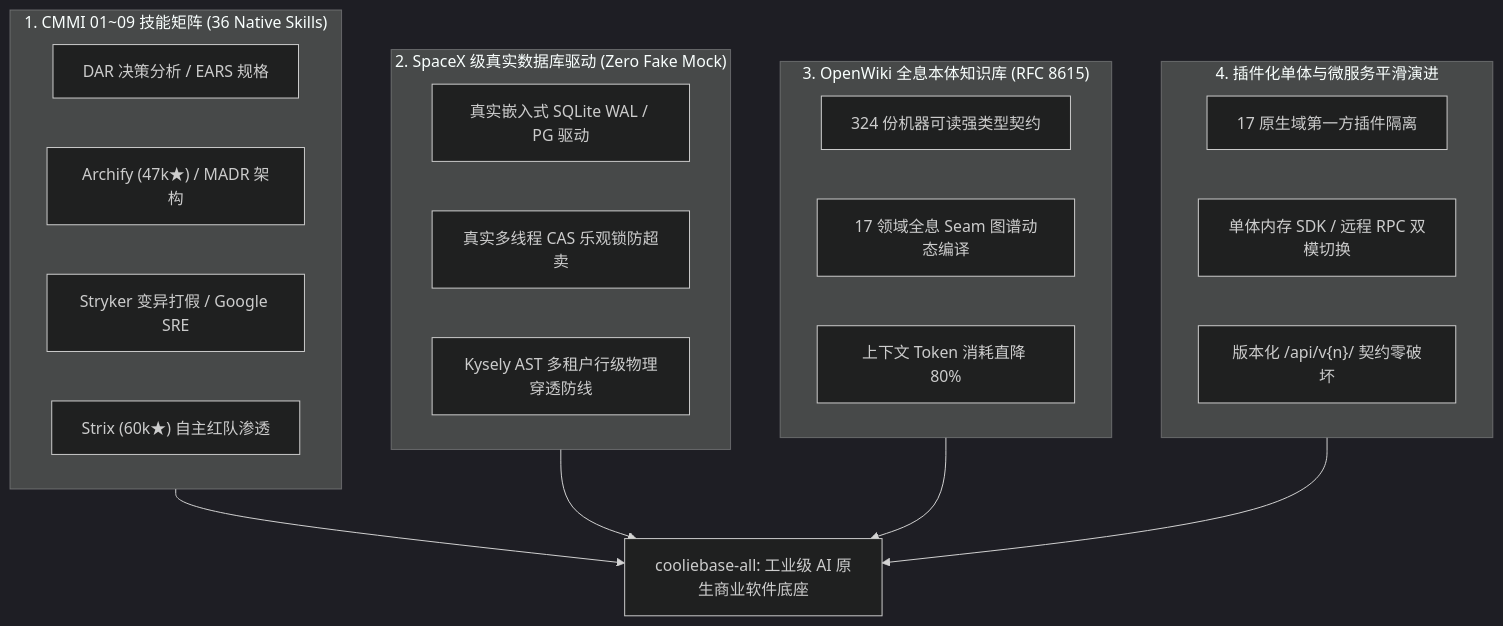
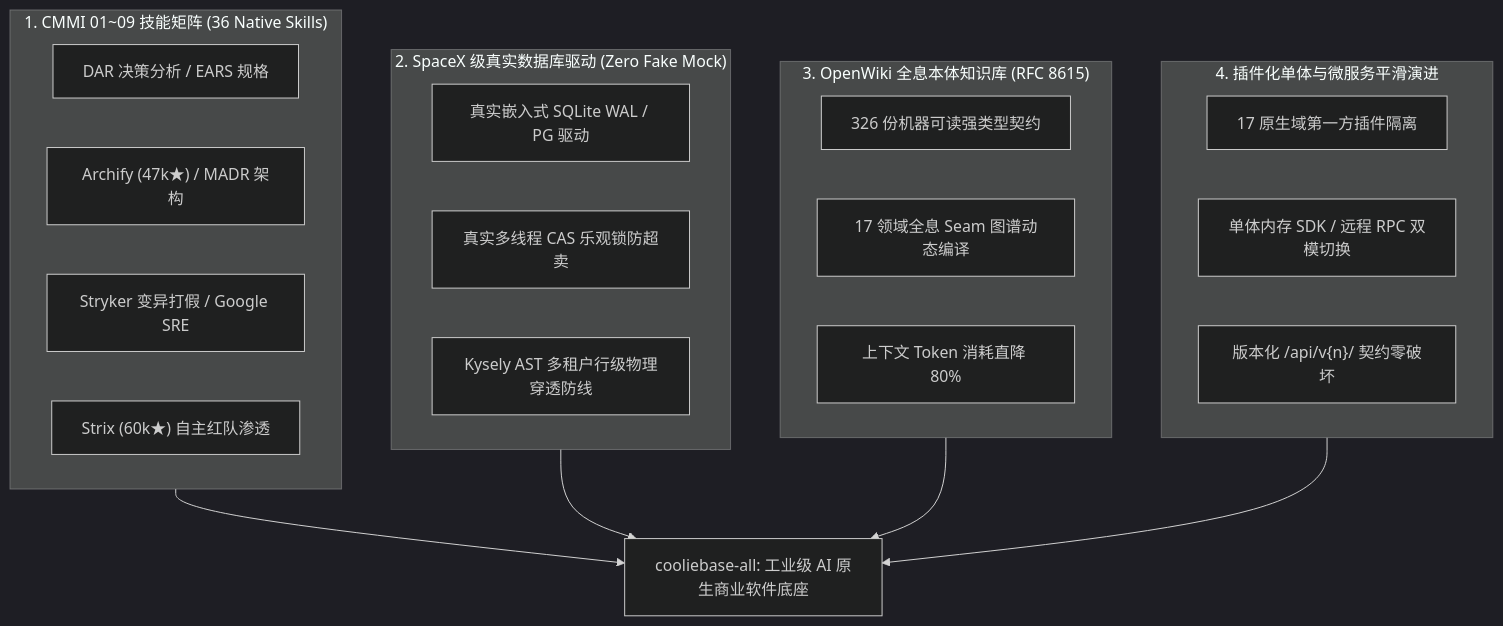
One commit to xaicd/cooliebase-all changed the diagram in README.md. Above: the diagram before and after it, drawn with Mermaid (dark theme). The commit also changed other lines of this file and 21 other files, not shown here.

````diff
--- a/README.md
+++ b/README.md
@@ -18,28 +18,28 @@
 ```mermaid
 flowchart TD
     subgraph P1 ["1. CMMI 01~09 技能矩阵 (36 Native Skills)"]
         S1["DAR 决策分析 / EARS 规格"]
         S2["Archify (47k★) / MADR 架构"]
         S3["Stryker 变异打假 / Google SRE"]
         S4["Strix (60k★) 自主红队渗透"]
     end
     subgraph P2 ["2. SpaceX 级真实数据库驱动 (Zero Fake Mock)"]
         D1["真实嵌入式 SQLite WAL / PG 驱动"]
         D2["真实多线程 CAS 乐观锁防超卖"]
         D3["Kysely AST 多租户行级物理穿透防线"]
     end
     subgraph P3 ["3. OpenWiki 全息本体知识库 (RFC 8615)"]
-        W1["324 份机器可读强类型契约"]
+        W1["326 份机器可读强类型契约"]
         W2["17 领域全息 Seam 图谱动态编译"]
         W3["上下文 Token 消耗直降 80%"]
     end
     subgraph P4 ["4. 插件化单体与微服务平滑演进"]
         M1["17 原生域第一方插件隔离"]
         M2["单体内存 SDK / 远程 RPC 双模切换"]
         M3["版本化 /api/v{n}/ 契约零破坏"]
     end
     P1 --> Foundation["cooliebase-all: 工业级 AI 原生商业软件底座"]
     P2 --> Foundation
     P3 --> Foundation
     P4 --> Foundation
 ```
````
